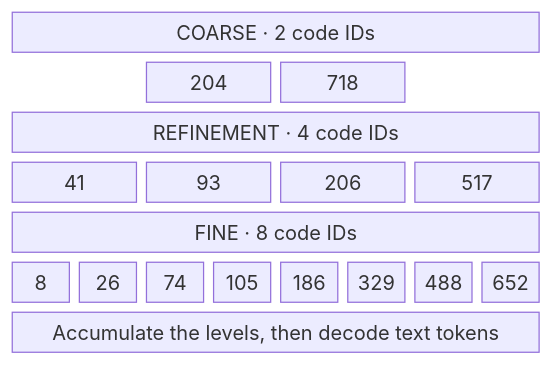
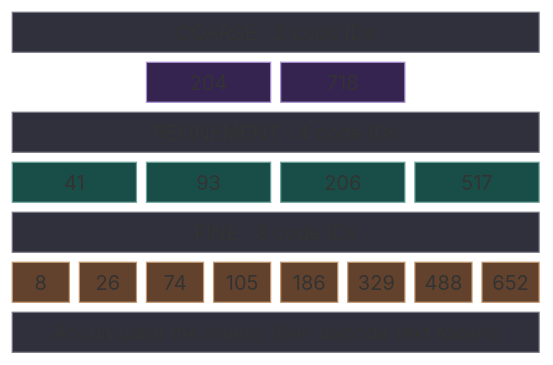
The first of 2 diagrams in docs/Concept_Hierarchy.md (Kian-hdr/lore-demo), drawn with Mermaid before and after one commit. The commit also changed 5 other files, not shown here.

Commit message:
Make diagram colors follow subsystem responsibilities

````diff
--- a/docs/Concept_Hierarchy.md
+++ b/docs/Concept_Hierarchy.md
@@ -11,19 +11,29 @@
 ```mermaid
 block-beta
     columns 8
     coarse["COARSE · 2 code IDs"]:8
     space:2 a["204"]:2 b["718"]:2 space:2
     middle["REFINEMENT · 4 code IDs"]:8
     c["41"]:2 d["93"]:2 e["206"]:2 f["517"]:2
     fine["FINE · 8 code IDs"]:8
     g["8"] h["26"] i["74"] j["105"] k["186"] l["329"] m["488"] n["652"]
     decoder["Accumulate the levels, then decode text tokens"]:8
-    classDef heading fill:#30303c,stroke:#777786,color:#ffffff,font-size:18px;
-    classDef broad fill:#35244f,stroke:#aa91d2,color:#ffffff,font-size:30px;
-    classDef refine fill:#194e48,stroke:#6ea59d,color:#ffffff,font-size:24px;
-    classDef detail fill:#62422d,stroke:#c39770,color:#ffffff,font-size:20px;
-    class coarse,middle,fine,decoder heading;
-    class a,b broad;
-    class c,d,e,f refine;
-    class g,h,i,j,k,l,m,n detail;
+    style coarse fill:#30303c,stroke:#777786,color:#ffffff,font-size:18px;
+    style middle fill:#30303c,stroke:#777786,color:#ffffff,font-size:18px;
+    style fine fill:#30303c,stroke:#777786,color:#ffffff,font-size:18px;
+    style decoder fill:#30303c,stroke:#777786,color:#ffffff,font-size:18px;
+    style a fill:#35244f,stroke:#aa91d2,color:#ffffff,font-size:28px;
+    style b fill:#35244f,stroke:#aa91d2,color:#ffffff,font-size:28px;
+    style c fill:#194e48,stroke:#6ea59d,color:#ffffff,font-size:24px;
+    style d fill:#194e48,stroke:#6ea59d,color:#ffffff,font-size:24px;
+    style e fill:#194e48,stroke:#6ea59d,color:#ffffff,font-size:24px;
+    style f fill:#194e48,stroke:#6ea59d,color:#ffffff,font-size:24px;
+    style g fill:#62422d,stroke:#c39770,color:#ffffff,font-size:20px;
+    style h fill:#62422d,stroke:#c39770,color:#ffffff,font-size:20px;
+    style i fill:#62422d,stroke:#c39770,color:#ffffff,font-size:20px;
+    style j fill:#62422d,stroke:#c39770,color:#ffffff,font-size:20px;
+    style k fill:#62422d,stroke:#c39770,color:#ffffff,font-size:20px;
+    style l fill:#62422d,stroke:#c39770,color:#ffffff,font-size:20px;
+    style m fill:#62422d,stroke:#c39770,color:#ffffff,font-size:20px;
+    style n fill:#62422d,stroke:#c39770,color:#ffffff,font-size:20px;
 ```
````
